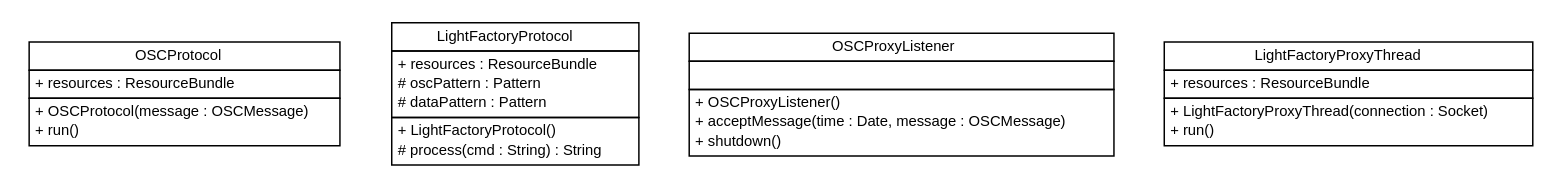
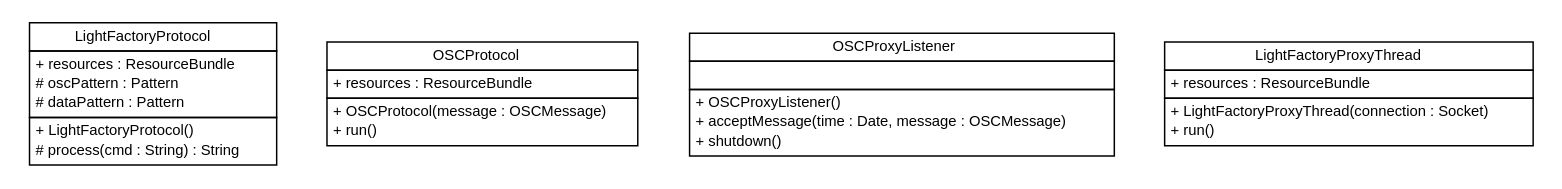
One commit to pcross616/lf-osc-proxy changed the diagram in apidocs/com/xley/lfosc/impl/com.xley.lfosc.impl.dot. Above: the diagram before and after it, drawn with Graphviz. The commit also changed 80 other files, not shown here.

```diff
--- a/apidocs/com/xley/lfosc/impl/com.xley.lfosc.impl.dot
+++ b/apidocs/com/xley/lfosc/impl/com.xley.lfosc.impl.dot
@@ -1,67 +1,67 @@
 #!/usr/local/bin/dot
 #
 # Class diagram 
 # Generated by UMLGraph version R5_6 (http://www.umlgraph.org/)
 #
 
 digraph G {
 	edge [fontname="Helvetica",fontsize=10,labelfontname="Helvetica",labelfontsize=10];
 	node [fontname="Helvetica",fontsize=10,shape=plaintext];
 	nodesep=0.25;
 	ranksep=0.5;
-	// com.xley.lfosc.impl.OSCProtocol
-	c0 [label=<<table title="com.xley.lfosc.impl.OSCProtocol" border="0" cellborder="1" cellspacing="0" cellpadding="2" port="p" href="./OSCProtocol.html">
-		<tr><td><table border="0" cellspacing="0" cellpadding="1">
-<tr><td align="center" balign="center"> OSCProtocol </td></tr>
-		</table></td></tr>
-		<tr><td><table border="0" cellspacing="0" cellpadding="1">
-<tr><td align="left" balign="left"> + resources : ResourceBundle </td></tr>
-		</table></td></tr>
-		<tr><td><table border="0" cellspacing="0" cellpadding="1">
-<tr><td align="left" balign="left"> + OSCProtocol(message : OSCMessage) </td></tr>
-<tr><td align="left" balign="left"> + run() </td></tr>
-		</table></td></tr>
-		</table>>, URL="./OSCProtocol.html", fontname="Helvetica", fontcolor="black", fontsize=10.0];
 	// com.xley.lfosc.impl.LightFactoryProtocol
-	c1 [label=<<table title="com.xley.lfosc.impl.LightFactoryProtocol" border="0" cellborder="1" cellspacing="0" cellpadding="2" port="p" href="./LightFactoryProtocol.html">
+	c17 [label=<<table title="com.xley.lfosc.impl.LightFactoryProtocol" border="0" cellborder="1" cellspacing="0" cellpadding="2" port="p" href="./LightFactoryProtocol.html">
 		<tr><td><table border="0" cellspacing="0" cellpadding="1">
 <tr><td align="center" balign="center"> LightFactoryProtocol </td></tr>
 		</table></td></tr>
 		<tr><td><table border="0" cellspacing="0" cellpadding="1">
 <tr><td align="left" balign="left"> + resources : ResourceBundle </td></tr>
 <tr><td align="left" balign="left"> # oscPattern : Pattern </td></tr>
 <tr><td align="left" balign="left"> # dataPattern : Pattern </td></tr>
 		</table></td></tr>
 		<tr><td><table border="0" cellspacing="0" cellpadding="1">
 <tr><td align="left" balign="left"> + LightFactoryProtocol() </td></tr>
 <tr><td align="left" balign="left"> # process(cmd : String) : String </td></tr>
 		</table></td></tr>
 		</table>>, URL="./LightFactoryProtocol.html", fontname="Helvetica", fontcolor="black", fontsize=10.0];
+	// com.xley.lfosc.impl.OSCProtocol
+	c18 [label=<<table title="com.xley.lfosc.impl.OSCProtocol" border="0" cellborder="1" cellspacing="0" cellpadding="2" port="p" href="./OSCProtocol.html">
+		<tr><td><table border="0" cellspacing="0" cellpadding="1">
+<tr><td align="center" balign="center"> OSCProtocol </td></tr>
+		</table></td></tr>
+		<tr><td><table border="0" cellspacing="0" cellpadding="1">
+<tr><td align="left" balign="left"> + resources : ResourceBundle </td></tr>
+		</table></td></tr>
+		<tr><td><table border="0" cellspacing="0" cellpadding="1">
+<tr><td align="left" balign="left"> + OSCProtocol(message : OSCMessage) </td></tr>
+<tr><td align="left" balign="left"> + run() </td></tr>
+		</table></td></tr>
+		</table>>, URL="./OSCProtocol.html", fontname="Helvetica", fontcolor="black", fontsize=10.0];
 	// com.xley.lfosc.impl.OSCProxyListener
-	c2 [label=<<table title="com.xley.lfosc.impl.OSCProxyListener" border="0" cellborder="1" cellspacing="0" cellpadding="2" port="p" href="./OSCProxyListener.html">
+	c19 [label=<<table title="com.xley.lfosc.impl.OSCProxyListener" border="0" cellborder="1" cellspacing="0" cellpadding="2" port="p" href="./OSCProxyListener.html">
 		<tr><td><table border="0" cellspacing="0" cellpadding="1">
 <tr><td align="center" balign="center"> OSCProxyListener </td></tr>
 		</table></td></tr>
 		<tr><td><table border="0" cellspacing="0" cellpadding="1">
 <tr><td align="left" balign="left">  </td></tr>
 		</table></td></tr>
 		<tr><td><table border="0" cellspacing="0" cellpadding="1">
 <tr><td align="left" balign="left"> + OSCProxyListener() </td></tr>
 <tr><td align="left" balign="left"> + acceptMessage(time : Date, message : OSCMessage) </td></tr>
 <tr><td align="left" balign="left"> + shutdown() </td></tr>
 		</table></td></tr>
 		</table>>, URL="./OSCProxyListener.html", fontname="Helvetica", fontcolor="black", fontsize=10.0];
 	// com.xley.lfosc.impl.LightFactoryProxyThread
-	c3 [label=<<table title="com.xley.lfosc.impl.LightFactoryProxyThread" border="0" cellborder="1" cellspacing="0" cellpadding="2" port="p" href="./LightFactoryProxyThread.html">
+	c20 [label=<<table title="com.xley.lfosc.impl.LightFactoryProxyThread" border="0" cellborder="1" cellspacing="0" cellpadding="2" port="p" href="./LightFactoryProxyThread.html">
 		<tr><td><table border="0" cellspacing="0" cellpadding="1">
 <tr><td align="center" balign="center"> LightFactoryProxyThread </td></tr>
 		</table></td></tr>
 		<tr><td><table border="0" cellspacing="0" cellpadding="1">
 <tr><td align="left" balign="left"> + resources : ResourceBundle </td></tr>
 		</table></td></tr>
 		<tr><td><table border="0" cellspacing="0" cellpadding="1">
 <tr><td align="left" balign="left"> + LightFactoryProxyThread(connection : Socket) </td></tr>
 <tr><td align="left" balign="left"> + run() </td></tr>
 		</table></td></tr>
 		</table>>, URL="./LightFactoryProxyThread.html", fontname="Helvetica", fontcolor="black", fontsize=10.0];
 }
```
